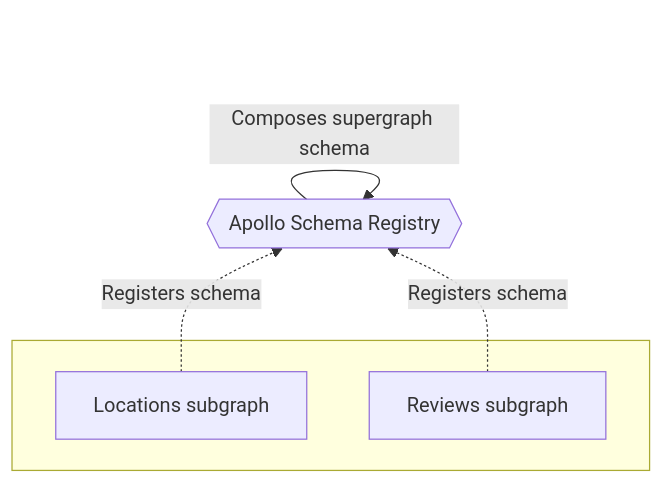
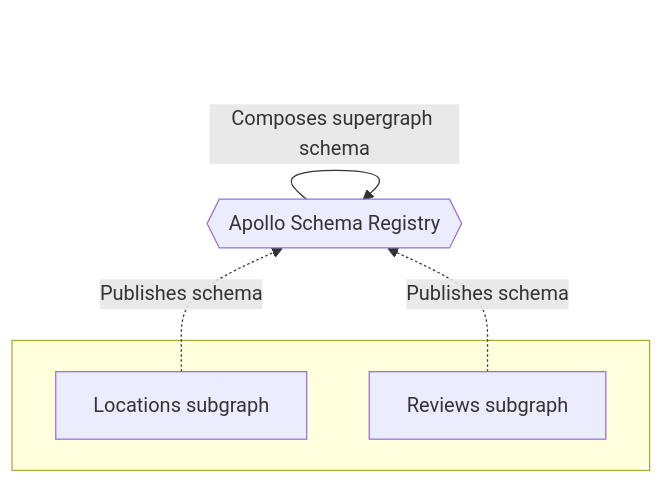
The first of 3 diagrams in docs/source/quickstart/studio-composition.mdx (apollographql/federation), drawn with Mermaid before and after one commit. The commit also changed other lines of this file and 9 other files, not shown here.

````diff
--- a/docs/source/quickstart/studio-composition.mdx
+++ b/docs/source/quickstart/studio-composition.mdx
@@ -12,11 +12,11 @@
 ```mermaid
 flowchart BT;
   subgraph " "
   serviceA[Locations subgraph];
   serviceB[Reviews subgraph];
   end
   registry{{Apollo Schema Registry}};
-  serviceA & serviceB -. Registers schema .-> registry;
+  serviceA & serviceB -. Publishes schema .-> registry;
   registry -- Composes supergraph schema--> registry;
   class registry secondary;
 ```
````
